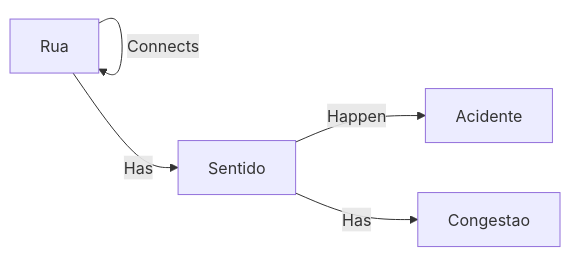
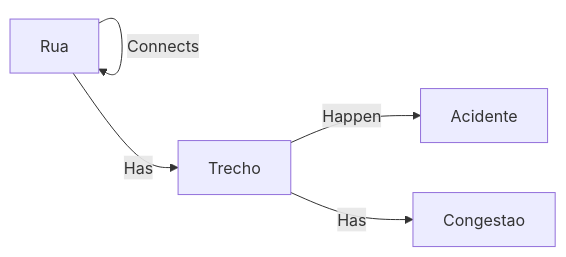
The diagram in README.md (TomasCostaK/traffic_info), drawn with Mermaid before and after one commit. The commit also changed other lines of this file, not shown here.

````diff
--- a/README.md
+++ b/README.md
@@ -18,8 +18,8 @@
 ```mermaid
 graph LR
-A[Rua]; B[Sentido]; C[Acidente]; D[Congestao]
+A[Rua]; B[Trecho]; C[Acidente]; D[Congestao]
 A -- Connects --> A;
 A -- Has --> B
 B -- Happen --> C
 B -- Has --> D
 ```
````
